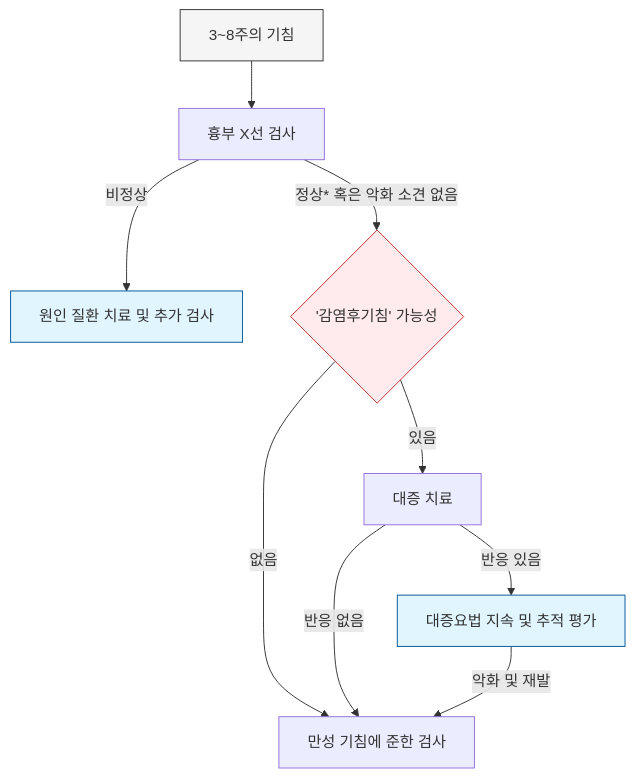
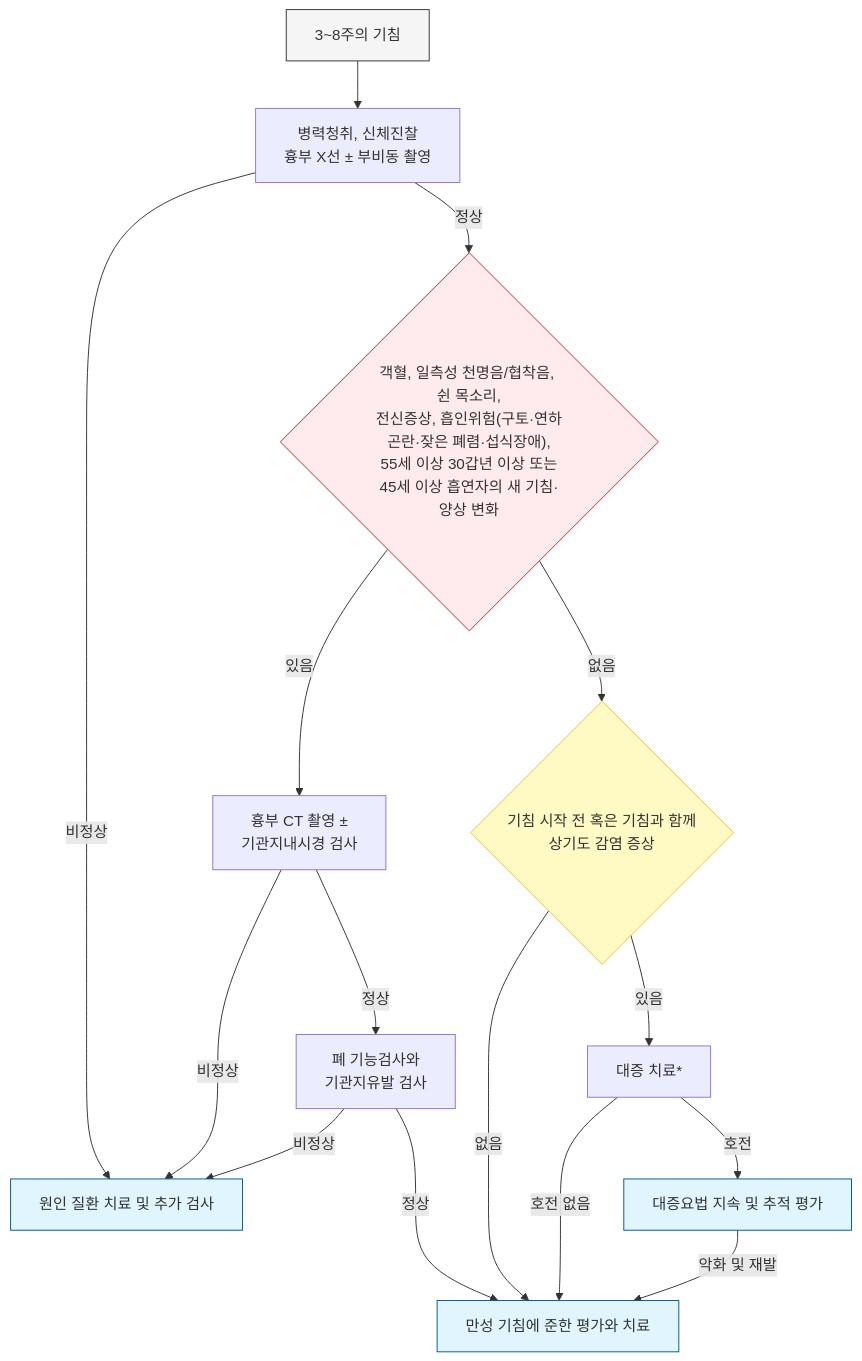
Before and after one commit to familyoh77/familyoh77: the second of 4 diagrams in 220_/006_-cough.md, drawn with Mermaid. The commit also changed other lines of this file, not shown here.

````diff
--- a/220_/006_-cough.md
+++ b/220_/006_-cough.md
@@ -200,23 +211,33 @@
 ```mermaid
 graph TD
 
-    Start["3~8주의 기침"] --> Xray["흉부 X선 검사"]
+    Start["3~8주의 기침"] --> Xray["병력청취, 신체진찰<br/>흉부 X선 ± 부비동 촬영"]
     
     Xray -- "비정상" --> TreatCause["원인 질환 치료 및 추가 검사"]
     
-    Xray -- "정상* 혹은 악화 소견 없음" --> PostInfectious{"'감염후기침' 가능성"}
+    Xray -- "정상" --> RedFlags{"객혈, 일측성 천명음/협착음, 쉰 목소리,<br/>전신증상, 흡인위험(구토·연하곤란·잦은 폐렴·섭식장애),<br/>55세 이상 30갑년 이상 또는<br/>45세 이상 흡연자의 새 기침·양상 변화"}
+
+    RedFlags -- "있음" --> CT["흉부 CT 촬영 ±<br/>기관지내시경 검사"]
+    RedFlags -- "없음" --> PostInfectious{"기침 시작 전 혹은 기침과 함께<br/>상기도 감염 증상"}
+
+    CT -- "비정상" --> TreatCause
+    CT -- "정상" --> PFT["폐 기능검사와<br/>기관지유발 검사"]
+    PFT -- "비정상" --> TreatCause
+    PFT -- "정상" --> Chronic["만성 기침에 준한 평가와 치료"]
+
+    PostInfectious -- "있음" --> Symptomatic["대증 치료*"]
+    PostInfectious -- "없음" --> Chronic
     
-    PostInfectious -- "있음" --> Symptomatic["대증 치료"]
-    PostInfectious -- "없음" --> Chronic["만성 기침에 준한 검사"]
-    
-    Symptomatic -- "반응 있음" --> FollowUp["대증요법 지속 및 추적 평가"]
-    Symptomatic -- "반응 없음" --> Chronic
+    Symptomatic -- "호전" --> FollowUp["대증요법 지속 및 추적 평가"]
+    Symptomatic -- "호전 없음" --> Chronic
     
     FollowUp -- "악화 및 재발" --> Chronic
 
     %% 스타일 설정
     style Start fill:#f5f5f5,stroke:#333
-    style PostInfectious fill:#ffebee,stroke:#c62828
+    style RedFlags fill:#ffebee,stroke:#c62828
+    style PostInfectious fill:#fff9c4,stroke:#fbc02d
     style FollowUp fill:#e1f5fe,stroke:#01579b
     style TreatCause fill:#e1f5fe,stroke:#01579b
+    style Chronic fill:#e1f5fe,stroke:#01579b
 ```
````
